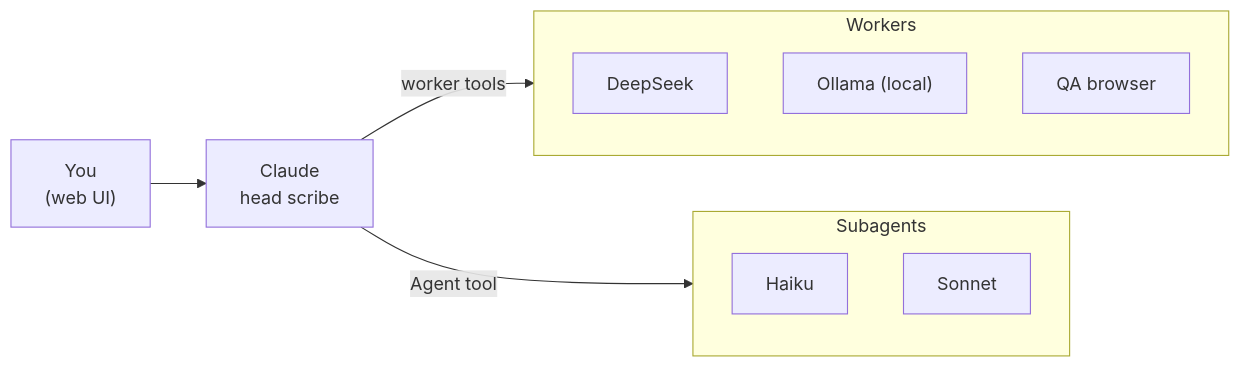
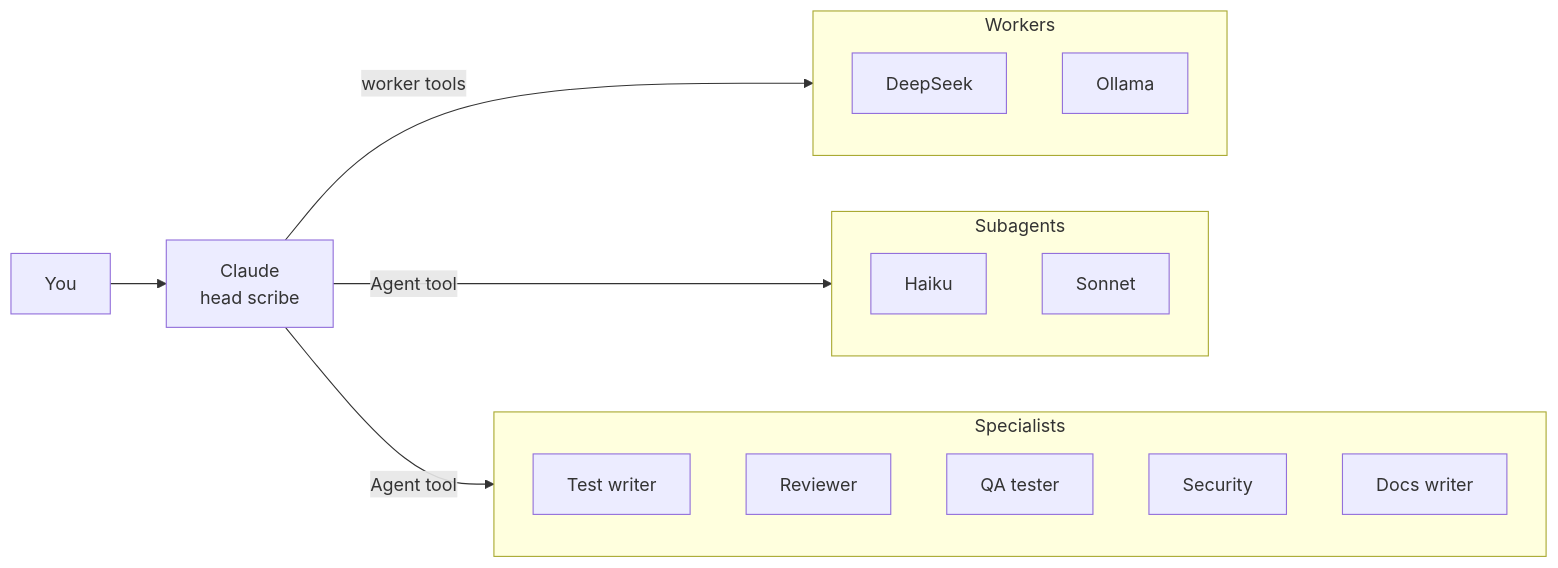
One commit to AkbulutMirac/scriptorium changed the first of 3 diagrams in README.md. Above: the diagram before and after it, drawn with Mermaid. The commit also changed other lines of this file and 20 other files, not shown here.

````diff
--- a/README.md
+++ b/README.md
@@ -76,17 +90,25 @@
 ```mermaid
 flowchart LR
-  YOU["You<br/>(web UI)"] --> CLAUDE["Claude<br/>head scribe"]
+  YOU["You"] --> CLAUDE["Claude<br/>head scribe"]
   CLAUDE -- "worker tools" --> WORKERS
   CLAUDE -- "Agent tool" --> SUBAGENTS
+  CLAUDE -- "Agent tool" --> TEAM
 
   subgraph WORKERS["Workers"]
     DS["DeepSeek"]
-    OL["Ollama (local)"]
-    QA["QA browser"]
+    OL["Ollama"]
   end
 
   subgraph SUBAGENTS["Subagents"]
     HA["Haiku"]
     SO["Sonnet"]
   end
+
+  subgraph TEAM["Specialists"]
+    TW["Test writer"]
+    RV["Reviewer"]
+    QT["QA tester"]
+    SE["Security"]
+    DW["Docs writer"]
+  end
 ```
````
